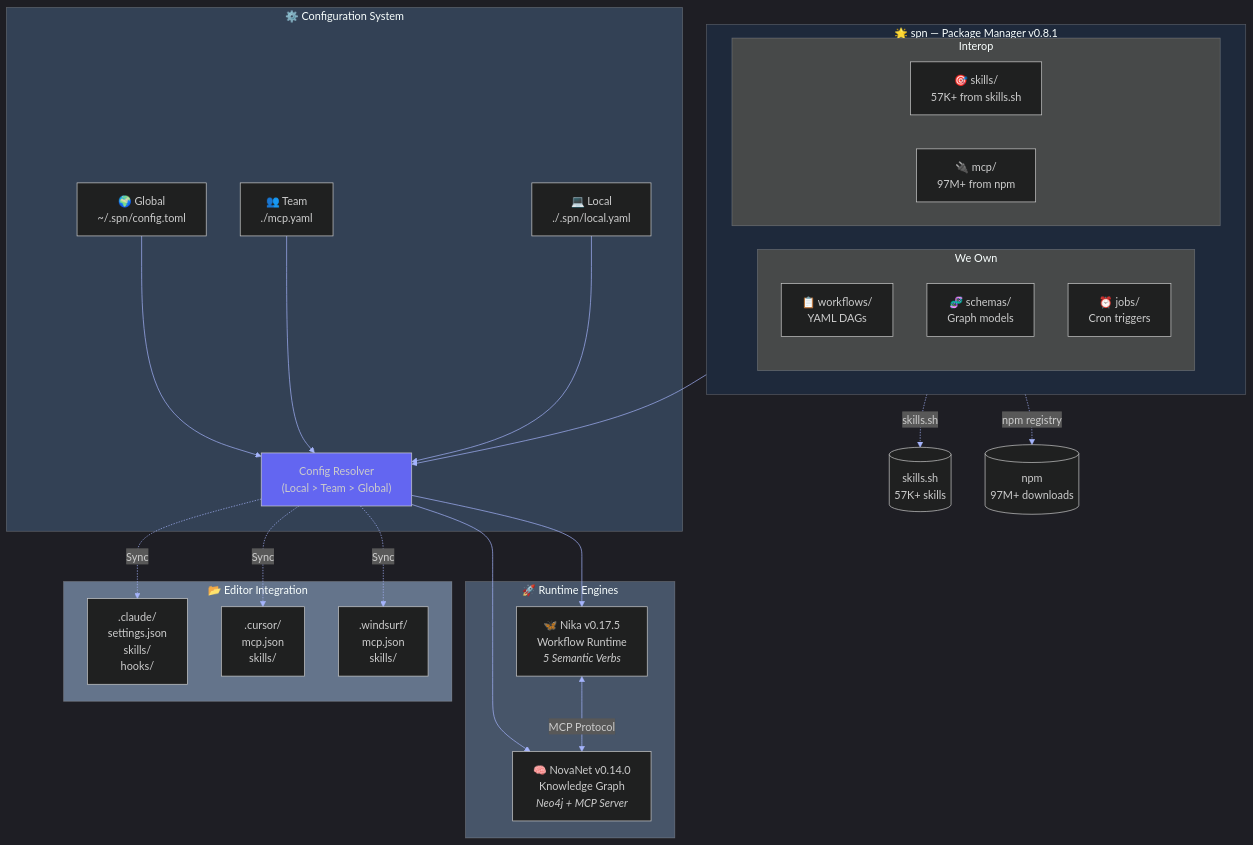
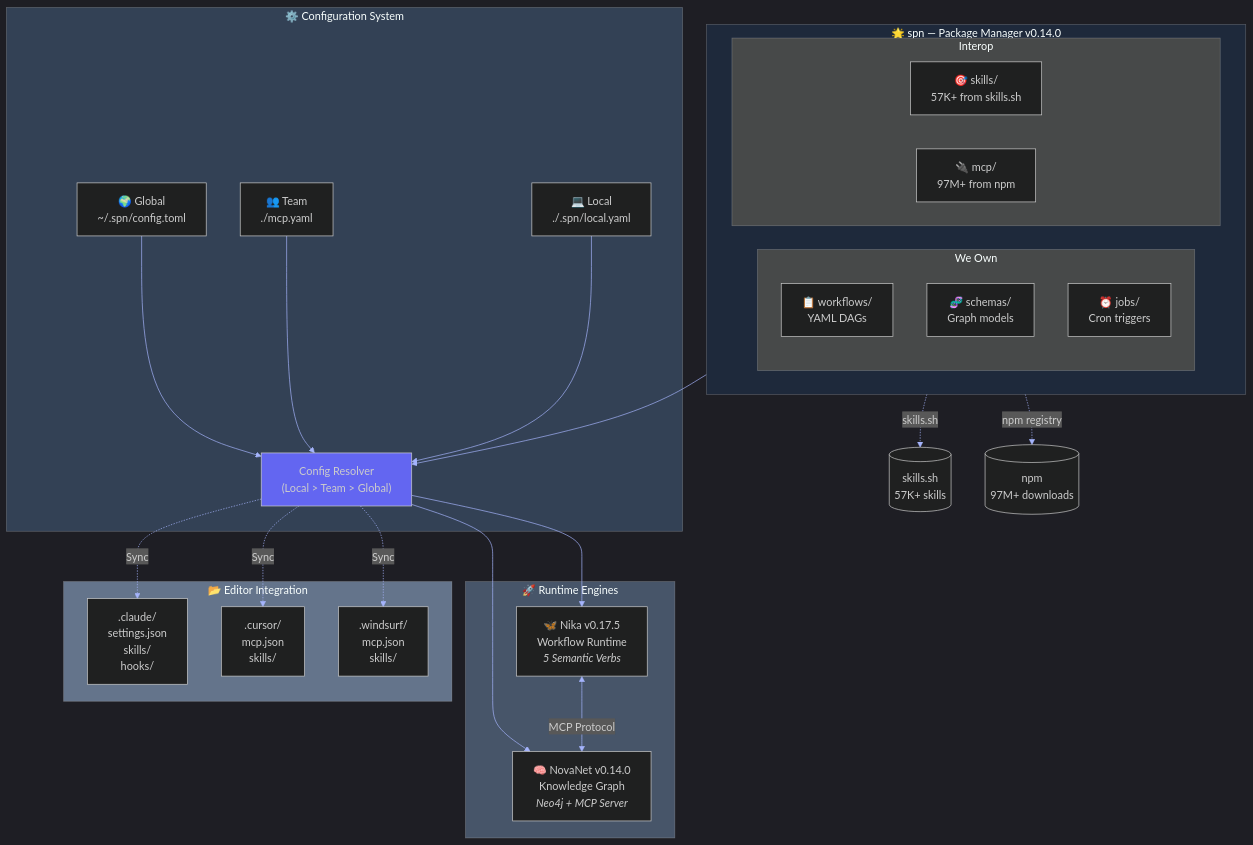
Before and after one commit to supernovae-st/supernovae-cli: the seventh of 7 diagrams in README.md, drawn with Mermaid. The commit also changed other lines of this file and 2 other files, not shown here.

````diff
--- a/README.md
+++ b/README.md
@@ -2251,56 +2251,56 @@
 ```mermaid
 %%{init: {'theme': 'dark', 'themeVariables': { 'primaryColor': '#6366f1', 'primaryTextColor': '#fff', 'primaryBorderColor': '#818cf8', 'lineColor': '#a5b4fc', 'secondaryColor': '#1e1b4b', 'tertiaryColor': '#312e81'}}}%%
 flowchart TB
-    subgraph SPN["🌟 spn — Package Manager v0.8.1"]
+    subgraph SPN["🌟 spn — Package Manager v0.14.0"]
         direction LR
         subgraph OWNED["We Own"]
             W["📋 workflows/<br/>YAML DAGs"]
             S["🧬 schemas/<br/>Graph models"]
             J["⏰ jobs/<br/>Cron triggers"]
         end
         subgraph INTEROP["Interop"]
             SK["🎯 skills/<br/>57K+ from skills.sh"]
             MCP["🔌 mcp/<br/>97M+ from npm"]
         end
     end
 
     subgraph CONFIG["⚙️ Configuration System"]
         GLOBAL["🌍 Global<br/>~/.spn/config.toml"]
         TEAM["👥 Team<br/>./mcp.yaml"]
         LOCAL["💻 Local<br/>./.spn/local.yaml"]
         RESOLVER["Config Resolver<br/>(Local > Team > Global)"]
 
         GLOBAL --> RESOLVER
         TEAM --> RESOLVER
         LOCAL --> RESOLVER
     end
 
     subgraph RUNTIME["🚀 Runtime Engines"]
         NIKA["🦋 Nika v0.17.5<br/>Workflow Runtime<br/><i>5 Semantic Verbs</i>"]
         NOVANET["🧠 NovaNet v0.14.0<br/>Knowledge Graph<br/><i>Neo4j + MCP Server</i>"]
     end
 
     subgraph EDITORS["📂 Editor Integration"]
         CLAUDE[".claude/<br/>settings.json<br/>skills/<br/>hooks/"]
         CURSOR[".cursor/<br/>mcp.json<br/>skills/"]
         WINDSURF[".windsurf/<br/>mcp.json<br/>skills/"]
     end
 
     SPN --> RESOLVER
     RESOLVER --> NIKA
     RESOLVER --> NOVANET
     NIKA <-->|MCP Protocol| NOVANET
 
     RESOLVER -.->|Sync| CLAUDE
     RESOLVER -.->|Sync| CURSOR
     RESOLVER -.->|Sync| WINDSURF
 
     SK -.-> |"skills.sh"| SKILLS[(skills.sh<br/>57K+ skills)]
     MCP -.-> |"npm registry"| NPM[(npm<br/>97M+ downloads)]
 
     style SPN fill:#1e293b
     style CONFIG fill:#334155
     style RUNTIME fill:#475569
     style EDITORS fill:#64748b
     style RESOLVER fill:#6366f1
 ```
````
